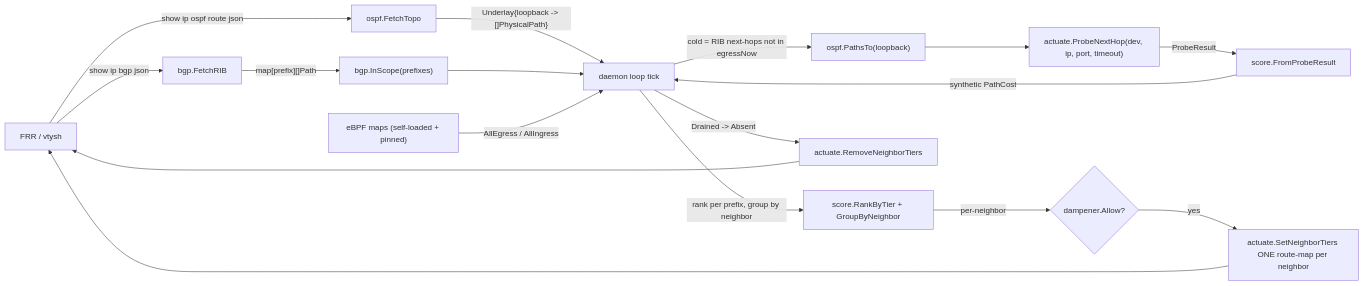
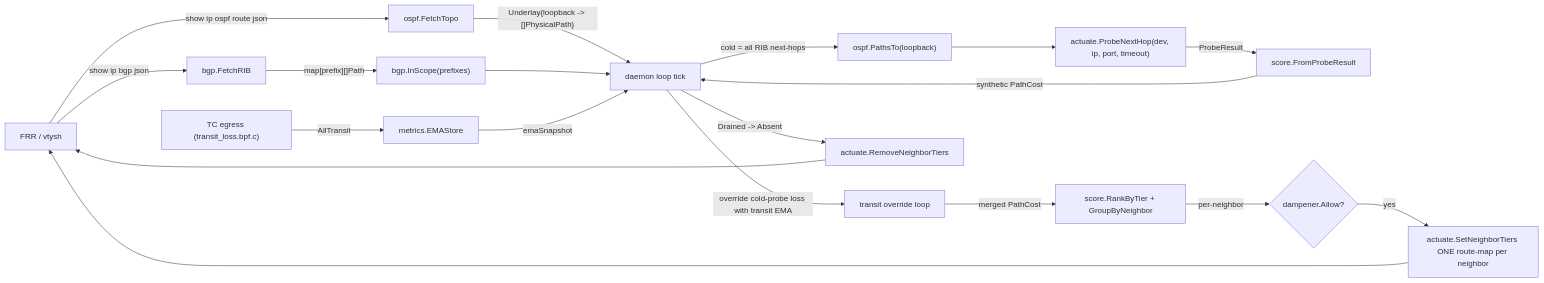
The diagram in README.md (ehealth-co-id/pathprofiler), drawn with Mermaid before and after one commit. The commit also changed other lines of this file and 40 other files, not shown here.

````diff
--- a/README.md
+++ b/README.md
@@ -143,19 +184,21 @@
 ```mermaid
 flowchart LR
   FRR["FRR / vtysh"] -->|"show ip bgp json"| Fetch["bgp.FetchRIB"]
   FRR -->|"show ip ospf route json"| OSPF["ospf.FetchTopo"]
   Fetch -->|"map[prefix][]Path"| Scope["bgp.InScope(prefixes)"]
   OSPF -->|"Underlay{loopback -> []PhysicalPath}"| Daemon["daemon loop tick"]
   Scope --> Daemon
-  BPF["eBPF maps (self-loaded + pinned)"] -->|AllEgress / AllIngress| Daemon
-  Daemon -->|"cold = RIB next-hops not in egressNow"| Paths["ospf.PathsTo(loopback)"]
+  TC["TC egress (transit_loss.bpf.c)"] -->|AllTransit| TransitEMA["metrics.EMAStore"]
+  TransitEMA -->|emaSnapshot| Daemon
+  Daemon -->|"cold = all RIB next-hops"| Paths["ospf.PathsTo(loopback)"]
   Paths --> Prober["actuate.ProbeNextHop(dev, ip, port, timeout)"]
   Prober -->|ProbeResult| FromProbe["score.FromProbeResult"]
   FromProbe -->|synthetic PathCost| Daemon
-  Daemon -->|"rank per prefix, group by neighbor"| Rank["score.RankByTier + GroupByNeighbor"]
+  Daemon -->|"override cold-probe loss with transit EMA"| Override["transit override loop"]
+  Override -->|"merged PathCost"| Rank["score.RankByTier + GroupByNeighbor"]
   Rank -->|per-neighbor| Decision{"dampener.Allow?"}
   Decision -->|yes| Apply["actuate.SetNeighborTiers ONE route-map per neighbor"]
   Apply --> FRR
   Daemon -->|"Drained -> Absent"| Cleanup["actuate.RemoveNeighborTiers"]
   Cleanup --> FRR
 ```
````
